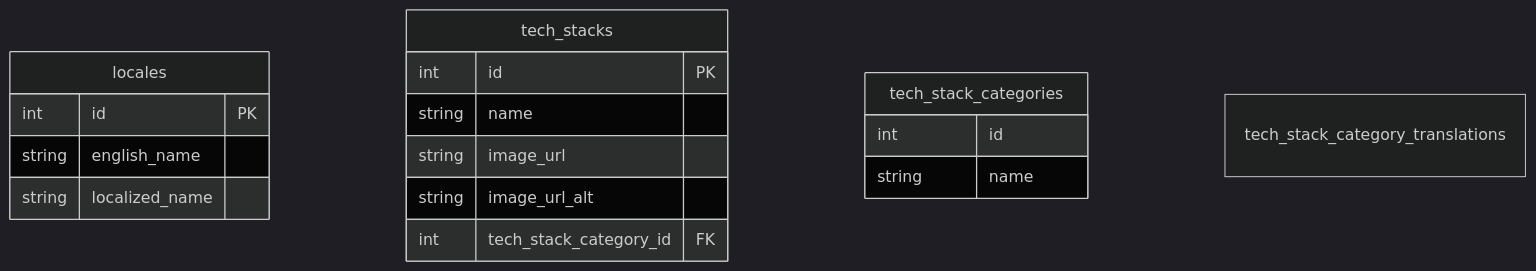
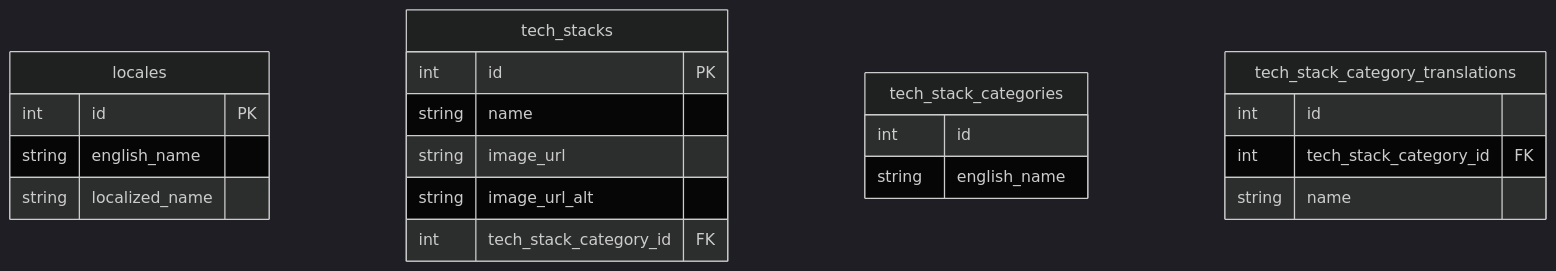
Before and after one commit to fadhilahm/personal-website: the diagram in docs/design/Database Design.md, drawn with Mermaid (dark theme). The commit also changed other lines of this file, not shown here.

Commit message:
Update Database Design documentation to rename tech_stack_categories fields and add tech_stack_category_translations section

````diff
--- a/docs/design/Database Design.md
+++ b/docs/design/Database Design.md
@@ -5,28 +5,30 @@
 ```mermaid
 
 erDiagram
 
     locales {
         int     id              PK
         string  english_name
         string  localized_name
     }
 
     tech_stacks {
         int     id                      PK
         string  name
         string  image_url
         string  image_url_alt
         int     tech_stack_category_id  FK
     }
 
     tech_stack_categories {
         int     id
+        string  english_name
+    }
+
+    tech_stack_category_translations  {
+        int     id
+        int     tech_stack_category_id  FK
         string  name
     }
 
-    tech_stack_category_translations  {
-
-    }
-
 ```
````
